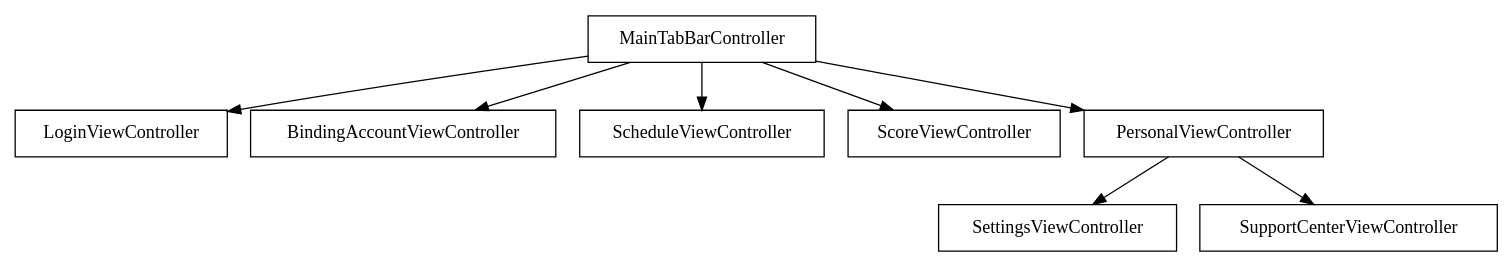
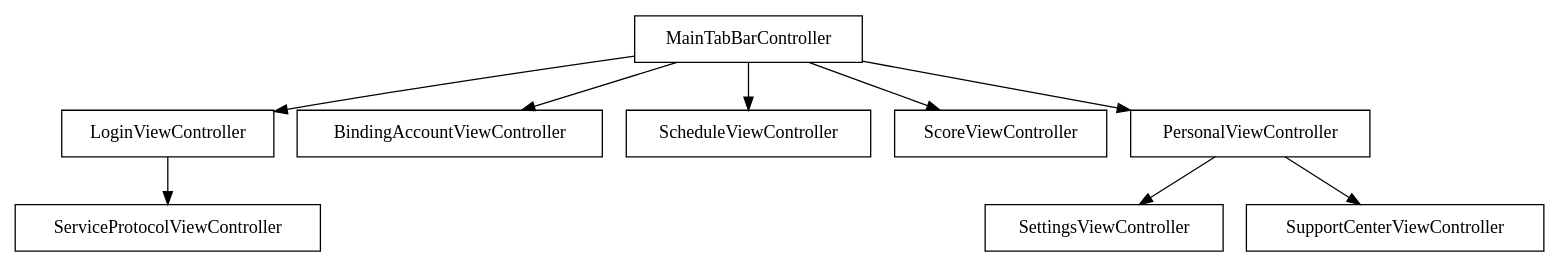
The diagram in Graphviz/ViewController.dot (ty0x2333/XujcClient-iOS), drawn with Graphviz before and after one commit.

Commit message:
M Graphviz ViewController add ServiceProtocolViewController

```diff
--- a/Graphviz/ViewController.dot
+++ b/Graphviz/ViewController.dot
@@ -1,13 +1,13 @@
 digraph ViewModel{
 	node[shape = record];
 
-  MainTabBarController->LoginViewController;
+  MainTabBarController->LoginViewController->ServiceProtocolViewController;
   MainTabBarController->BindingAccountViewController;
 
   MainTabBarController->ScheduleViewController;
   MainTabBarController->ScoreViewController;
   MainTabBarController->PersonalViewController;
 
   PersonalViewController->SettingsViewController;
   PersonalViewController->SupportCenterViewController
 }
```
